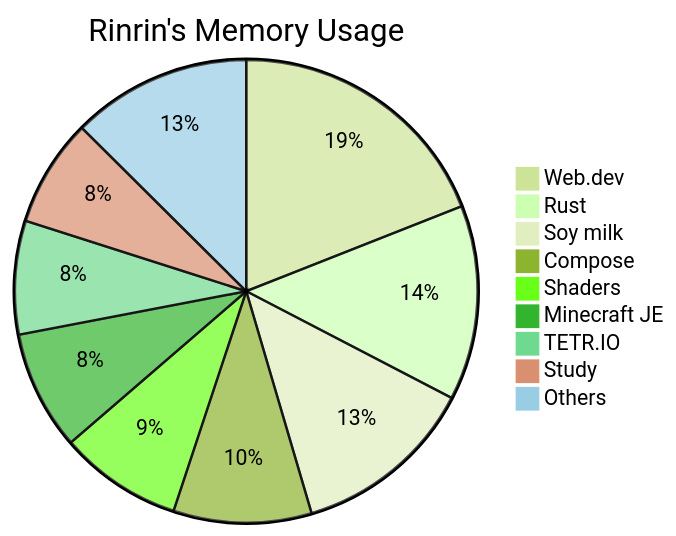
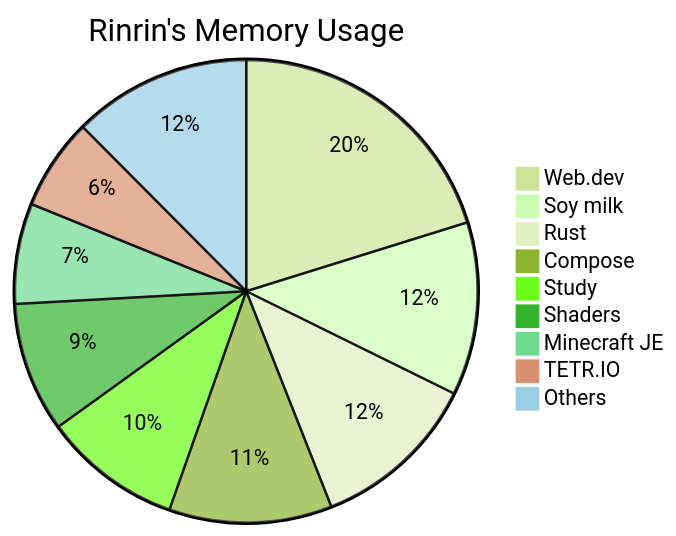
One commit to Rinrin0413/Rinrin0413 changed the diagram in README.md. Above: the diagram before and after it, drawn with Mermaid (forest theme).

Commit message:
🐸 Update: Rinrin's Memory Usage

````diff
--- a/README.md
+++ b/README.md
@@ -76,12 +76,12 @@
 ```mermaid
 pie title Rinrin's Memory Usage
-    "Web.dev": 144
-    "Rust": 103
-    "Soy milk": 97
-    "Compose": 73
-    "Shaders": 65
-    "Minecraft JE": 63
-    "TETR.IO": 60
-    "Study": 57
-    "Others": 95
+    "Web.dev": 167
+    "Soy milk": 100
+    "Rust": 97
+    "Compose": 94
+    "Study": 80
+    "Shaders": 75
+    "Minecraft JE": 58
+    "TETR.IO": 53
+    "Others": 103
 ```
````
